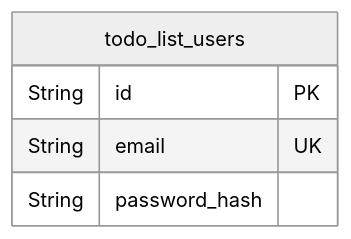
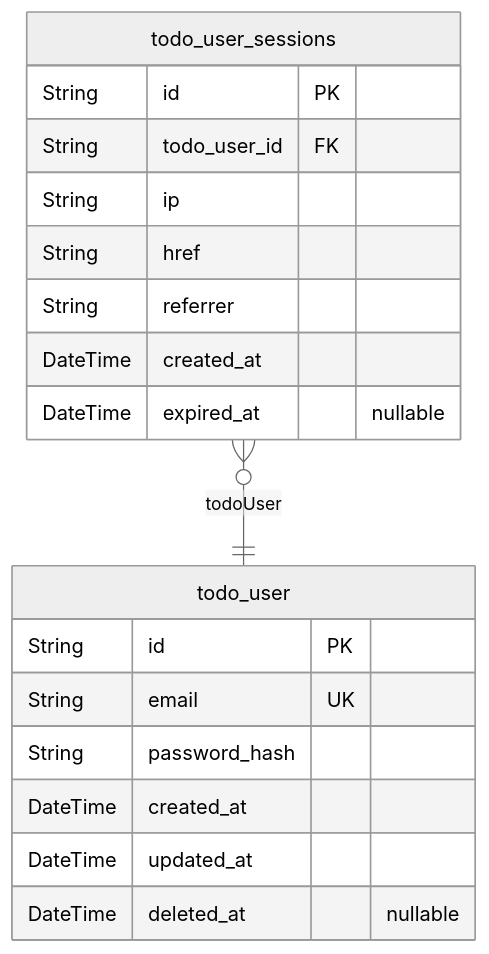
Before and after one commit to wrtnlabs/autobe-examples: the first of 2 diagrams in qwen/qwen3-next-80b-a3b-instruct/todo/docs/ERD.md, drawn with Mermaid (neutral theme). The commit also changed other lines of this file and 3372 other files, not shown here.

````diff
--- a/qwen/qwen3-next-80b-a3b-instruct/todo/docs/ERD.md
+++ b/qwen/qwen3-next-80b-a3b-instruct/todo/docs/ERD.md
@@ -10,8 +10,21 @@
 ```mermaid
 erDiagram
-"todo_list_users" {
+"todo_user" {
   String id PK
   String email UK
   String password_hash
+  DateTime created_at
+  DateTime updated_at
+  DateTime deleted_at "nullable"
 }
+"todo_user_sessions" {
+  String id PK
+  String todo_user_id FK
+  String ip
+  String href
+  String referrer
+  DateTime created_at
+  DateTime expired_at "nullable"
+}
+"todo_user_sessions" }o--|| "todo_user" : todoUser
 ```
````
